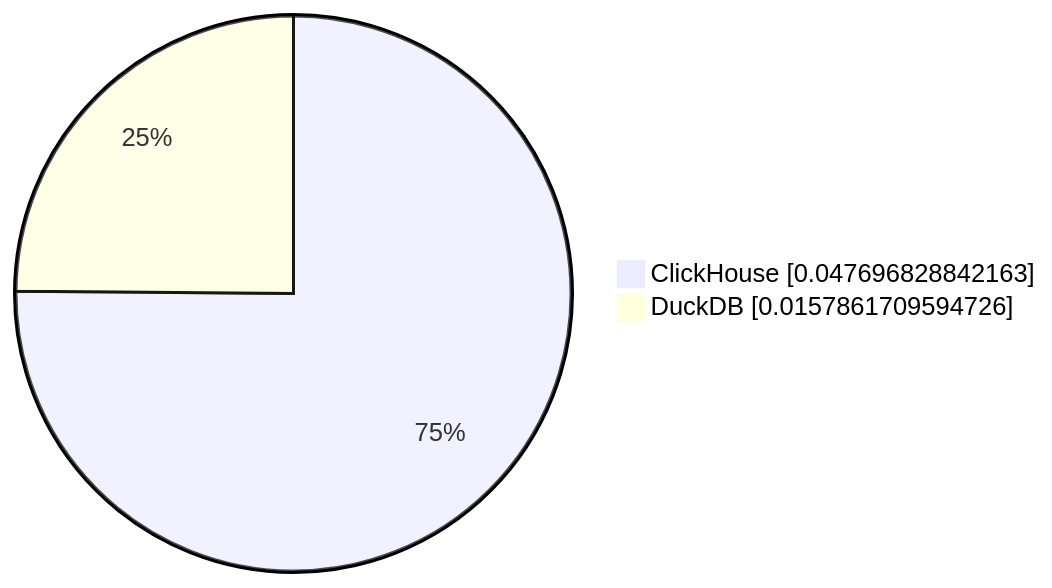
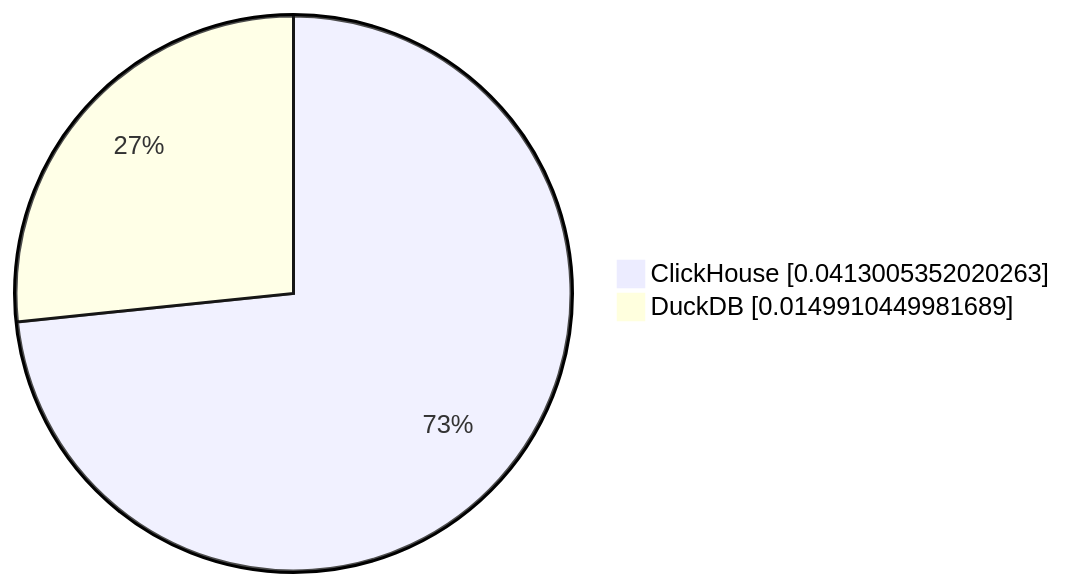
One commit to Altinity/clickhouse-regression changed the fourth of 10 diagrams in parquet/performance/results/README.md. Above: the diagram before and after it, drawn with Mermaid. The commit also changed other lines of this file and 3 other files, not shown here.

````diff
--- a/parquet/performance/results/README.md
+++ b/parquet/performance/results/README.md
@@ -38,5 +38,5 @@
 ```mermaid
      pie showData
-         "ClickHouse" : 0.047696828842163
-         "DuckDB" : 0.0157861709594726
+         "ClickHouse" : 0.0413005352020263
+         "DuckDB" : 0.0149910449981689
 ```
````
